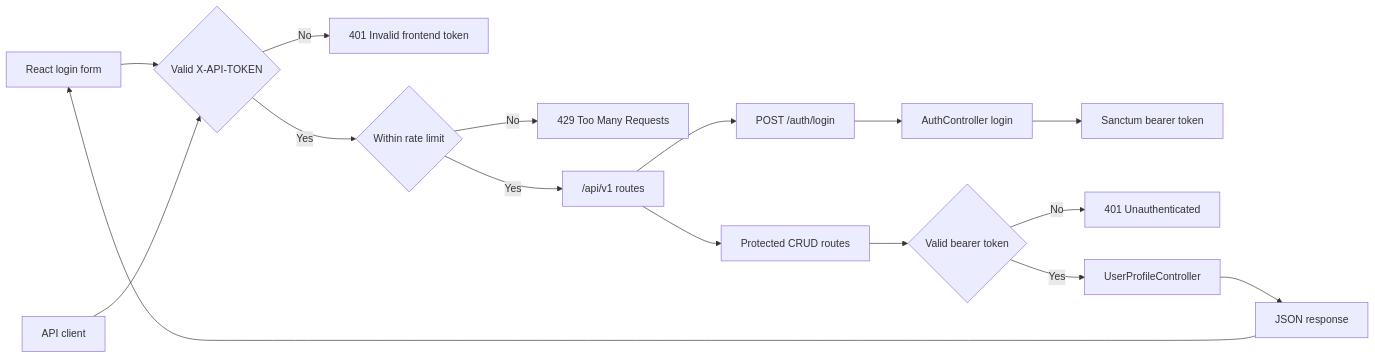
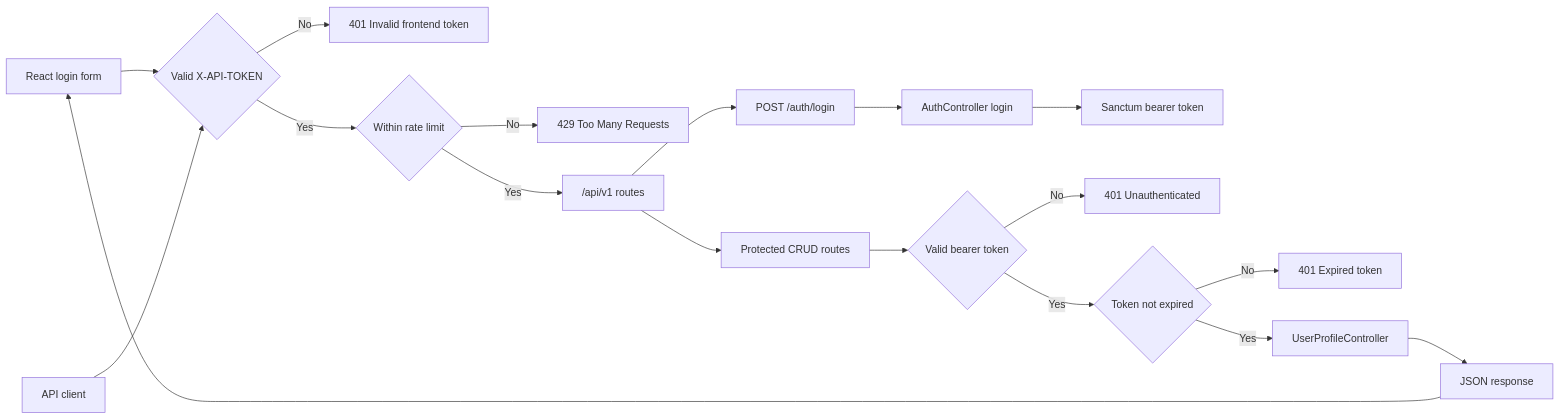
The diagram in training/day-3-api-security.md (habibtalib/laravel-api-tutorial), drawn with Mermaid before and after one commit. The commit also changed other lines of this file and 6 other files, not shown here.

````diff
--- a/training/day-3-api-security.md
+++ b/training/day-3-api-security.md
@@ -67,18 +68,20 @@
 ```mermaid
 flowchart LR
     React["React login form"] --> FrontendToken{"Valid X-API-TOKEN"}
     Client["API client"] --> FrontendToken
     FrontendToken -- "No" --> InvalidFrontend["401 Invalid frontend token"]
     FrontendToken -- "Yes" --> Throttle{"Within rate limit"}
     Throttle -- "No" --> TooMany["429 Too Many Requests"]
     Throttle -- "Yes" --> RouteGroup["/api/v1 routes"]
     RouteGroup --> Login["POST /auth/login"]
     Login --> AuthController["AuthController login"]
     AuthController --> TokenResponse["Sanctum bearer token"]
     RouteGroup --> Protected["Protected CRUD routes"]
     Protected --> Sanctum{"Valid bearer token"}
     Sanctum -- "No" --> Unauthenticated["401 Unauthenticated"]
-    Sanctum -- "Yes" --> UserController["UserProfileController"]
+    Sanctum -- "Yes" --> Expiry{"Token not expired"}
+    Expiry -- "No" --> Expired["401 Expired token"]
+    Expiry -- "Yes" --> UserController["UserProfileController"]
     UserController --> JsonResponse["JSON response"]
     JsonResponse --> React
 ```
````
